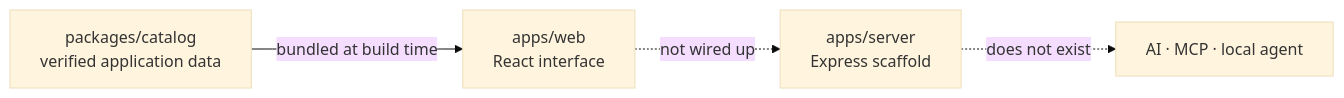
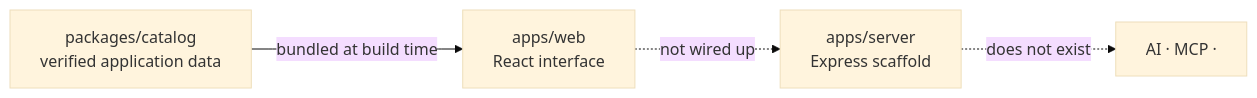
The diagram in README.md (AbhiDevepl/ConfigShell), drawn with Mermaid (base theme) before and after one commit. The commit also changed other lines of this file and 2 other files, not shown here.

Commit message:
refactor(docs): remove Local Agent layer description from architecture documentation

````diff
--- a/README.md
+++ b/README.md
@@ -127,6 +125,6 @@
 ```mermaid
 flowchart LR
     CATALOG["packages/catalog<br/>verified application data"] -- "bundled at build time" --> WEB["apps/web<br/>React interface"]
     WEB -. "not wired up" .-> SERVER["apps/server<br/>Express scaffold"]
-    SERVER -. "does not exist" .-> REST["AI · MCP · local agent"]
+    SERVER -. "does not exist" .-> REST["AI · MCP · "]
 ```
````
